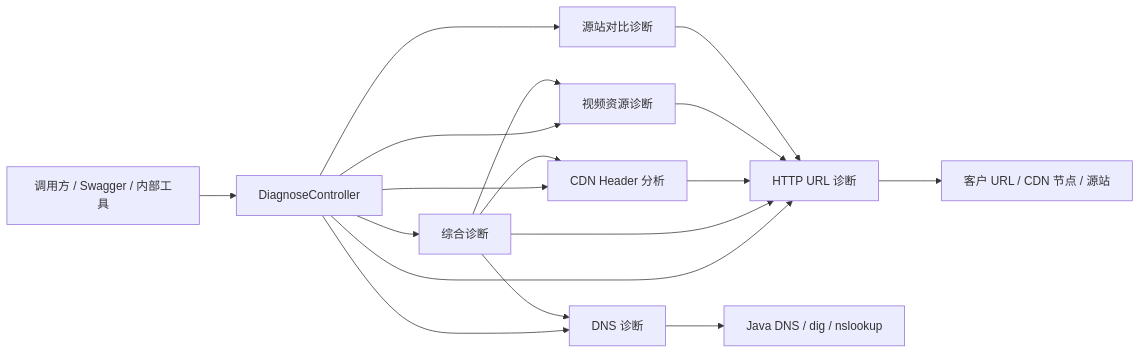
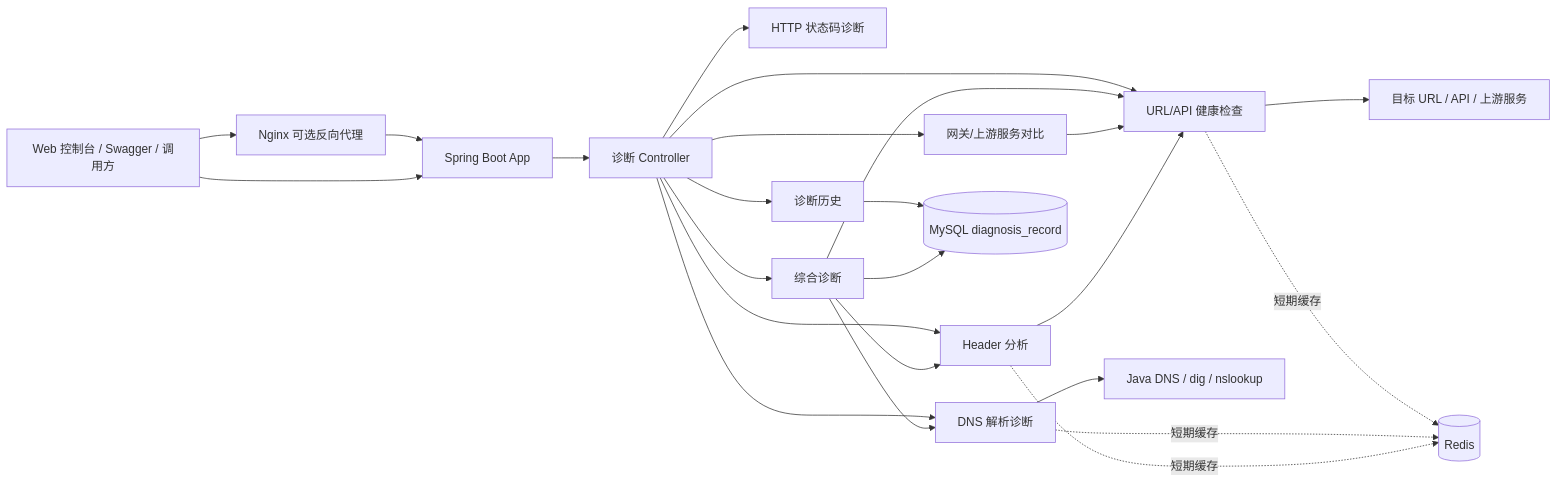
The diagram in README.md (HAHAL/cloud-media-diagnosis-platform), drawn with Mermaid before and after one commit. The commit also changed other lines of this file and 40 other files, not shown here.

Commit message:
Generalize web diagnosis platform

````diff
--- a/README.md
+++ b/README.md
@@ -38,21 +45,29 @@
 ```mermaid
 flowchart LR
-    Client[调用方 / Swagger / 内部工具] --> Controller[DiagnoseController]
-    Controller --> HTTP[HTTP URL 诊断]
-    Controller --> DNS[DNS 诊断]
-    Controller --> CDN[CDN Header 分析]
-    Controller --> ORIGIN[源站对比诊断]
-    Controller --> VIDEO[视频资源诊断]
+    Browser[Web 控制台 / Swagger / 调用方] --> Nginx[Nginx 可选反向代理]
+    Nginx --> App[Spring Boot App]
+    Browser --> App
+
+    App --> Controller[诊断 Controller]
+    Controller --> HTTP[URL/API 健康检查]
+    Controller --> STATUS[HTTP 状态码诊断]
+    Controller --> HEADER[Header 分析]
+    Controller --> DNS[DNS 解析诊断]
+    Controller --> ORIGIN[网关/上游服务对比]
     Controller --> FULL[综合诊断]
+    Controller --> HISTORY[诊断历史]
 
     FULL --> DNS
     FULL --> HTTP
-    FULL --> CDN
-    FULL --> VIDEO
-    CDN --> HTTP
-    VIDEO --> HTTP
+    FULL --> HEADER
     ORIGIN --> HTTP
+    HEADER --> HTTP
 
-    HTTP --> Target[客户 URL / CDN 节点 / 源站]
+    HTTP --> Target[目标 URL / API / 上游服务]
     DNS --> Resolver[Java DNS / dig / nslookup]
+    HTTP -.短期缓存.-> Redis[(Redis)]
+    DNS -.短期缓存.-> Redis
+    HEADER -.短期缓存.-> Redis
+    HISTORY --> MySQL[(MySQL diagnosis_record)]
+    FULL --> MySQL
 ```
````
